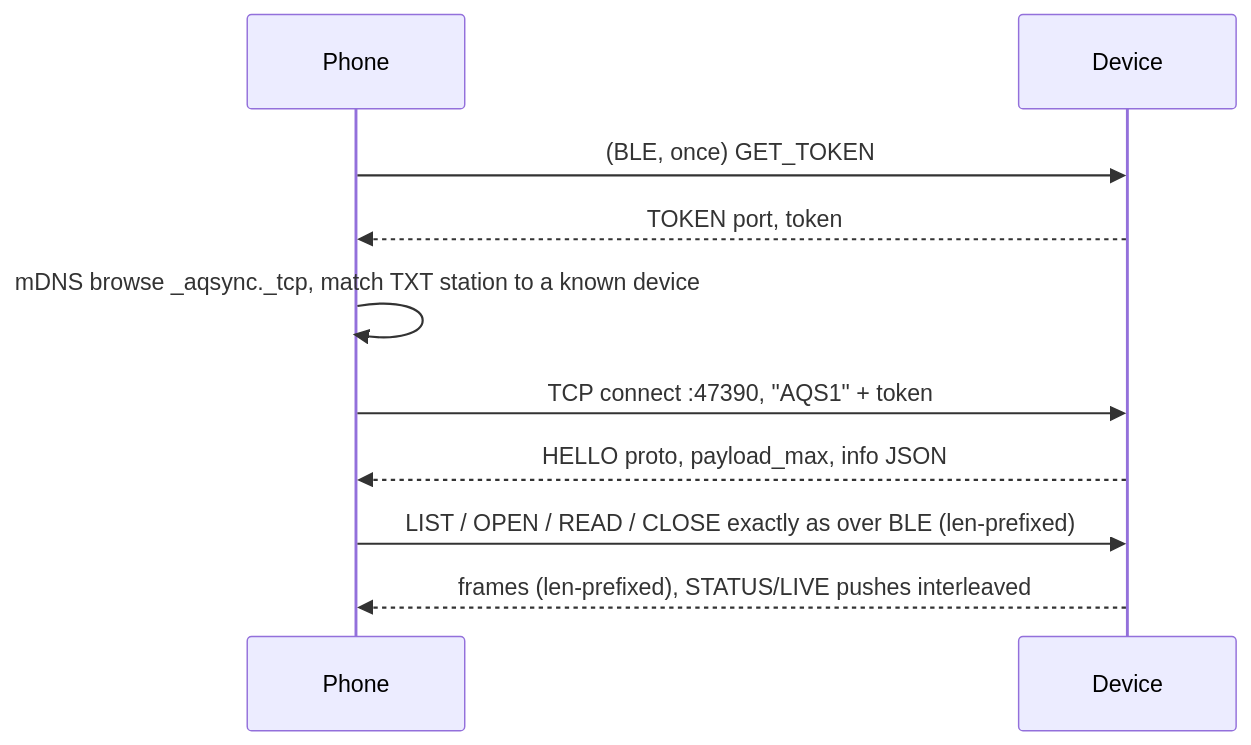
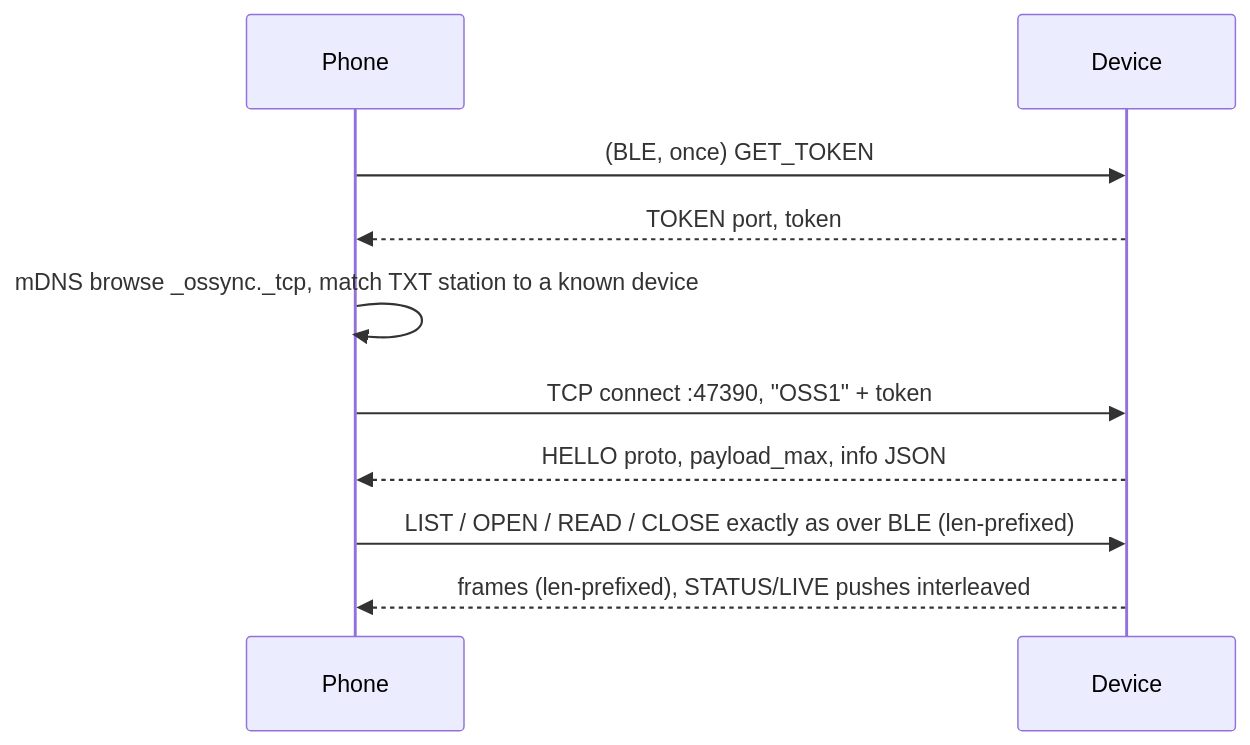
The first of 2 diagrams in docs/shared/ble-sync-protocol.md (walkthru-earth/aq-parquet), drawn with Mermaid before and after one commit. The commit also changed other lines of this file and 185 other files, not shown here.

````diff
--- a/docs/shared/ble-sync-protocol.md
+++ b/docs/shared/ble-sync-protocol.md
@@ -704,12 +717,12 @@
 ```mermaid
 sequenceDiagram
     participant P as Phone
     participant D as Device
     P->>D: (BLE, once) GET_TOKEN
     D-->>P: TOKEN port, token
-    P->>P: mDNS browse _aqsync._tcp, match TXT station to a known device
-    P->>D: TCP connect :47390, "AQS1" + token
+    P->>P: mDNS browse _ossync._tcp, match TXT station to a known device
+    P->>D: TCP connect :47390, "OSS1" + token
     D-->>P: HELLO proto, payload_max, info JSON
     P->>D: LIST / OPEN / READ / CLOSE exactly as over BLE (len-prefixed)
     D-->>P: frames (len-prefixed), STATUS/LIVE pushes interleaved
 ```
````
